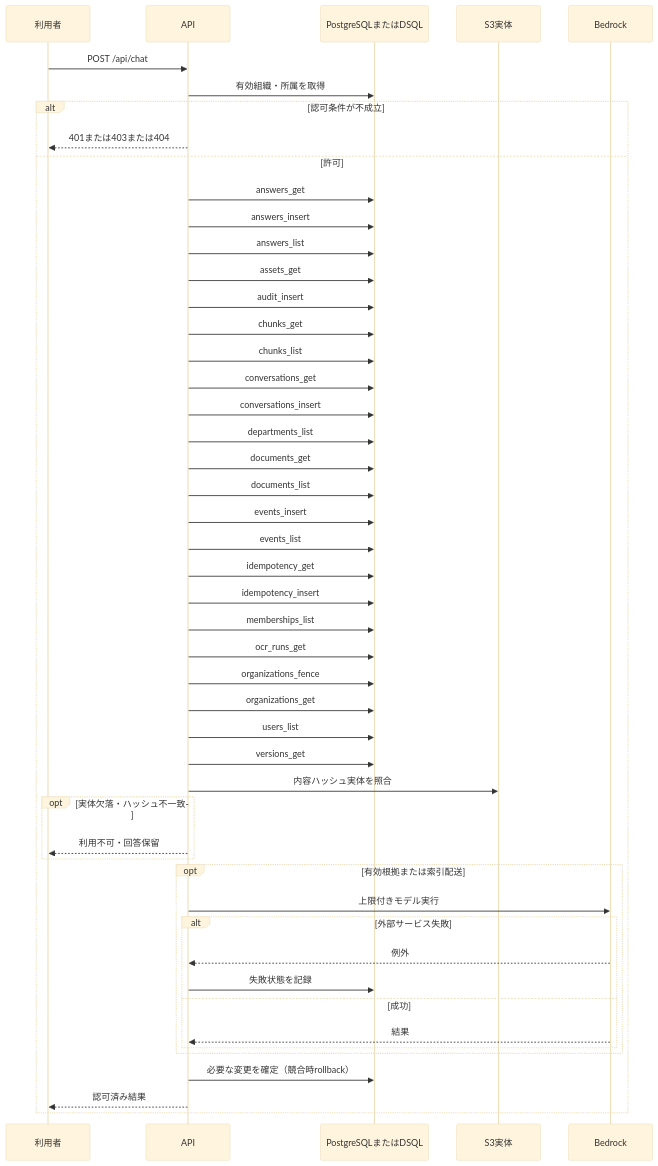
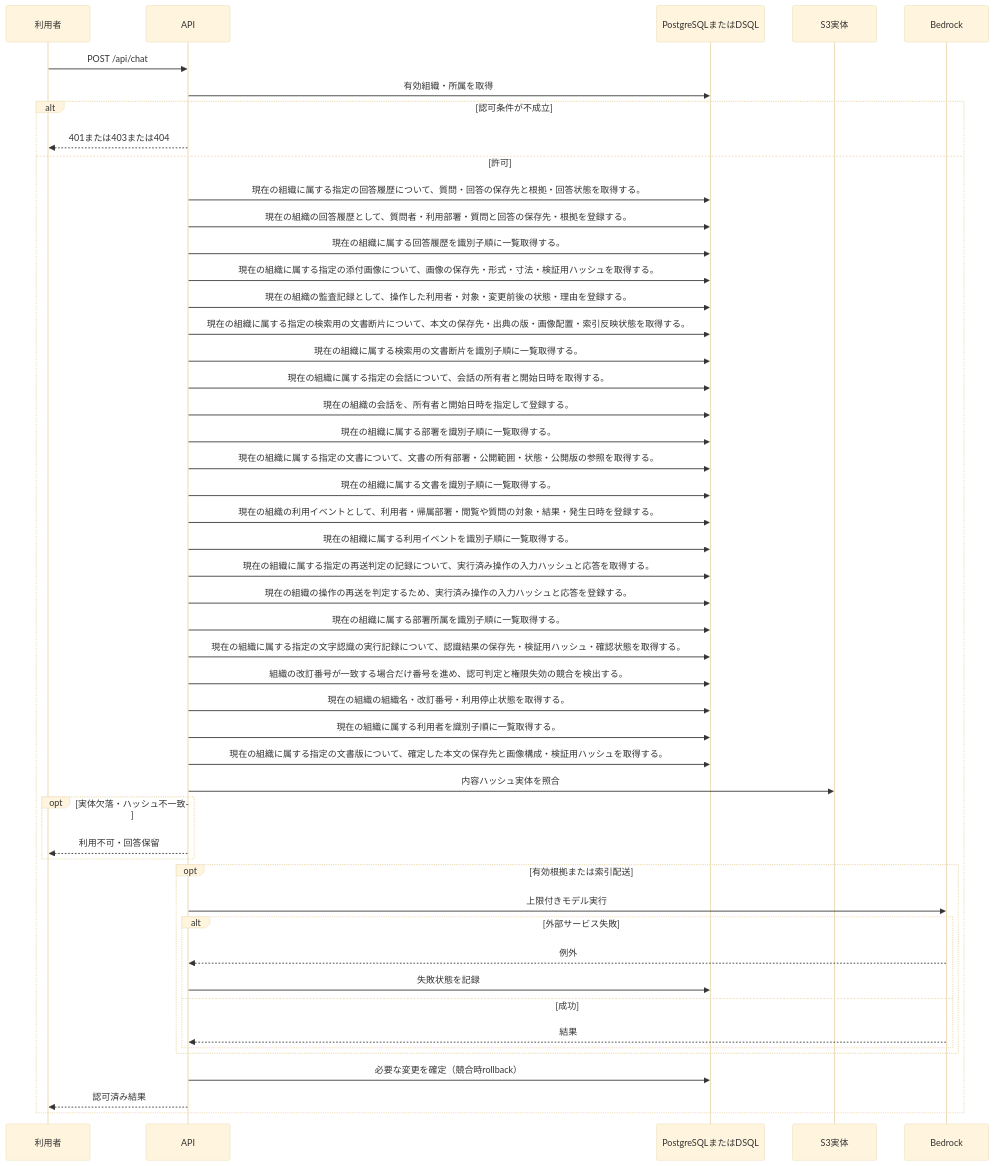
Before and after one commit to tsuji-tomonori/KotoRelay: the diagram in docs/design/generated/api/chat/ask_question/sequence.md, drawn with Mermaid (base theme). The commit also changed other lines of this file and 286 other files, not shown here.

````diff
--- a/docs/design/generated/api/chat/ask_question/sequence.md
+++ b/docs/design/generated/api/chat/ask_question/sequence.md
@@ -7,51 +7,51 @@
 ```mermaid
 sequenceDiagram
     participant U as 利用者
     participant A as API
     participant D as PostgreSQLまたはDSQL
     participant S as S3実体
     participant M as Bedrock
     U->>A: POST /api/chat
     A->>D: 有効組織・所属を取得
     alt 認可条件が不成立
         A-->>U: 401または403または404
     else 許可
-        A->>D: answers_get
-        A->>D: answers_insert
-        A->>D: answers_list
-        A->>D: assets_get
-        A->>D: audit_insert
-        A->>D: chunks_get
-        A->>D: chunks_list
-        A->>D: conversations_get
-        A->>D: conversations_insert
-        A->>D: departments_list
-        A->>D: documents_get
-        A->>D: documents_list
-        A->>D: events_insert
-        A->>D: events_list
-        A->>D: idempotency_get
-        A->>D: idempotency_insert
-        A->>D: memberships_list
-        A->>D: ocr_runs_get
-        A->>D: organizations_fence
-        A->>D: organizations_get
-        A->>D: users_list
-        A->>D: versions_get
+        A->>D: 現在の組織に属する指定の回答履歴について、質問・回答の保存先と根拠・回答状態を取得する。
+        A->>D: 現在の組織の回答履歴として、質問者・利用部署・質問と回答の保存先・根拠を登録する。
+        A->>D: 現在の組織に属する回答履歴を識別子順に一覧取得する。
+        A->>D: 現在の組織に属する指定の添付画像について、画像の保存先・形式・寸法・検証用ハッシュを取得する。
+        A->>D: 現在の組織の監査記録として、操作した利用者・対象・変更前後の状態・理由を登録する。
+        A->>D: 現在の組織に属する指定の検索用の文書断片について、本文の保存先・出典の版・画像配置・索引反映状態を取得する。
+        A->>D: 現在の組織に属する検索用の文書断片を識別子順に一覧取得する。
+        A->>D: 現在の組織に属する指定の会話について、会話の所有者と開始日時を取得する。
+        A->>D: 現在の組織の会話を、所有者と開始日時を指定して登録する。
+        A->>D: 現在の組織に属する部署を識別子順に一覧取得する。
+        A->>D: 現在の組織に属する指定の文書について、文書の所有部署・公開範囲・状態・公開版の参照を取得する。
+        A->>D: 現在の組織に属する文書を識別子順に一覧取得する。
+        A->>D: 現在の組織の利用イベントとして、利用者・帰属部署・閲覧や質問の対象・結果・発生日時を登録する。
+        A->>D: 現在の組織に属する利用イベントを識別子順に一覧取得する。
+        A->>D: 現在の組織に属する指定の再送判定の記録について、実行済み操作の入力ハッシュと応答を取得する。
+        A->>D: 現在の組織の操作の再送を判定するため、実行済み操作の入力ハッシュと応答を登録する。
+        A->>D: 現在の組織に属する部署所属を識別子順に一覧取得する。
+        A->>D: 現在の組織に属する指定の文字認識の実行記録について、認識結果の保存先・検証用ハッシュ・確認状態を取得する。
+        A->>D: 組織の改訂番号が一致する場合だけ番号を進め、認可判定と権限失効の競合を検出する。
+        A->>D: 現在の組織の組織名・改訂番号・利用停止状態を取得する。
+        A->>D: 現在の組織に属する利用者を識別子順に一覧取得する。
+        A->>D: 現在の組織に属する指定の文書版について、確定した本文の保存先と画像構成・検証用ハッシュを取得する。
         A->>S: 内容ハッシュ実体を照合
         opt 実体欠落・ハッシュ不一致
             A-->>U: 利用不可・回答保留
         end
         opt 有効根拠または索引配送
             A->>M: 上限付きモデル実行
             alt 外部サービス失敗
                 M-->>A: 例外
                 A->>D: 失敗状態を記録
             else 成功
                 M-->>A: 結果
             end
         end
         A->>D: 必要な変更を確定（競合時rollback）
         A-->>U: 認可済み結果
     end
 ```
````
